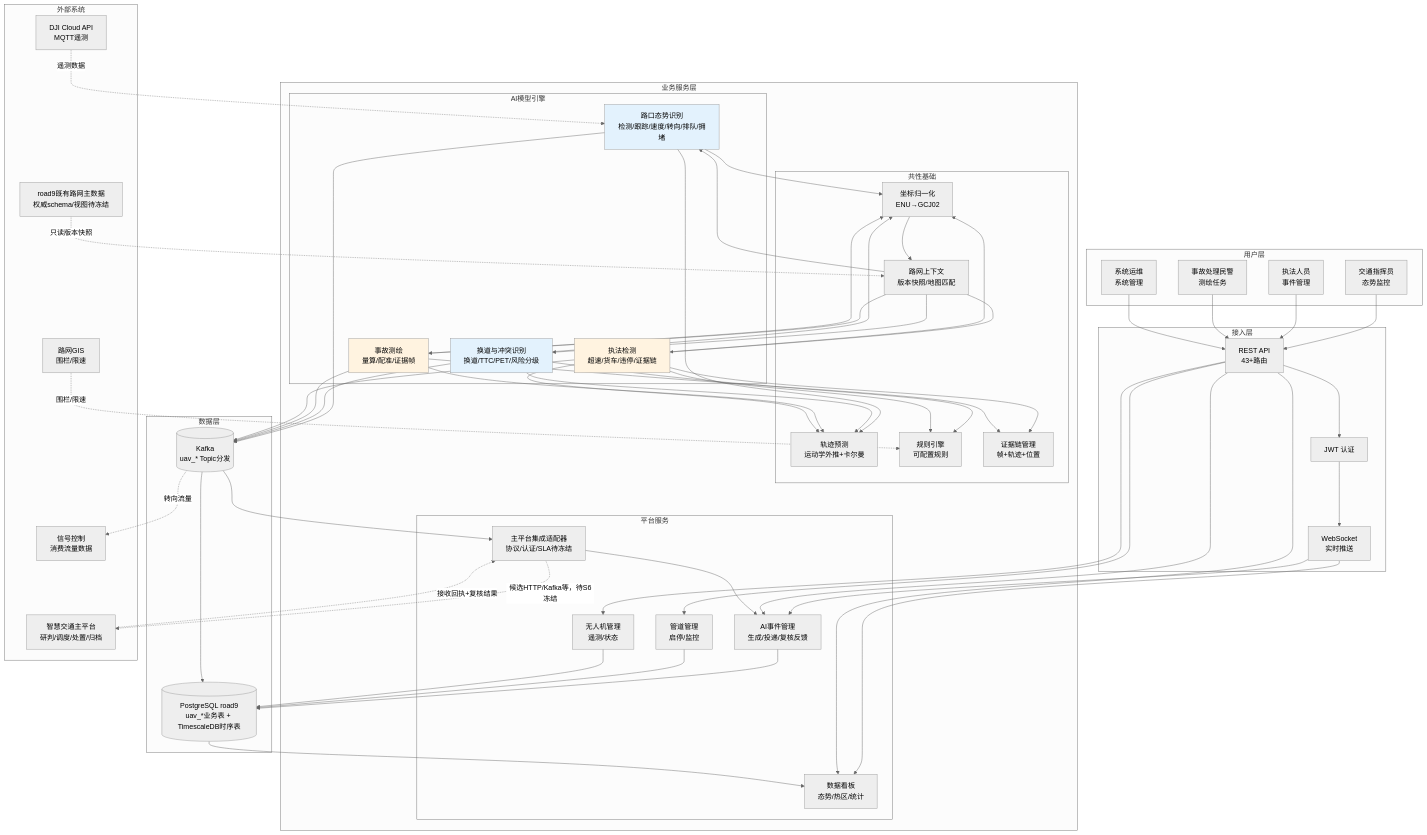
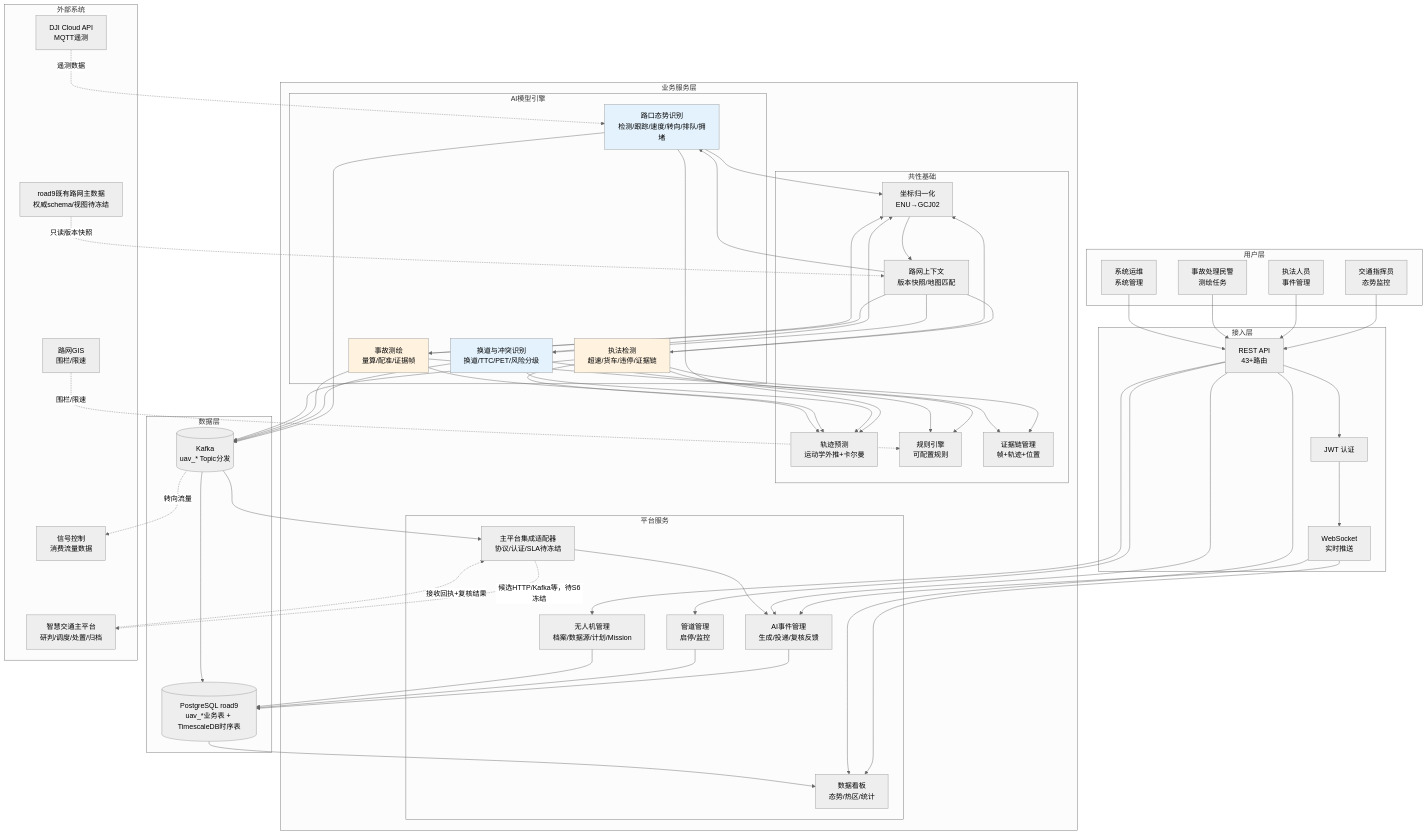
The first of 4 diagrams in docs/generated/2026-06-29-uav-traffic-ai-prd.md (fjwangzy/TrafficAnalyzer), drawn with Mermaid (neutral theme) before and after one commit. The commit also changed other lines of this file and 63 other files, not shown here.

```diff
--- a/docs/generated/2026-06-29-uav-traffic-ai-prd.md
+++ b/docs/generated/2026-06-29-uav-traffic-ai-prd.md
@@ -624,7 +635,7 @@
             EVT[AI事件管理<br/>生成/投递/复核反馈]
             INTEG[主平台集成适配器<br/>协议/认证/SLA待冻结]
             PIPE[管道管理<br/>启停/监控]
-            DRONE[无人机管理<br/>遥测/状态]
+            DRONE[无人机管理<br/>档案/数据源/计划/Mission]
             DASH[数据看板<br/>态势/热区/统计]
         end
     end
```
